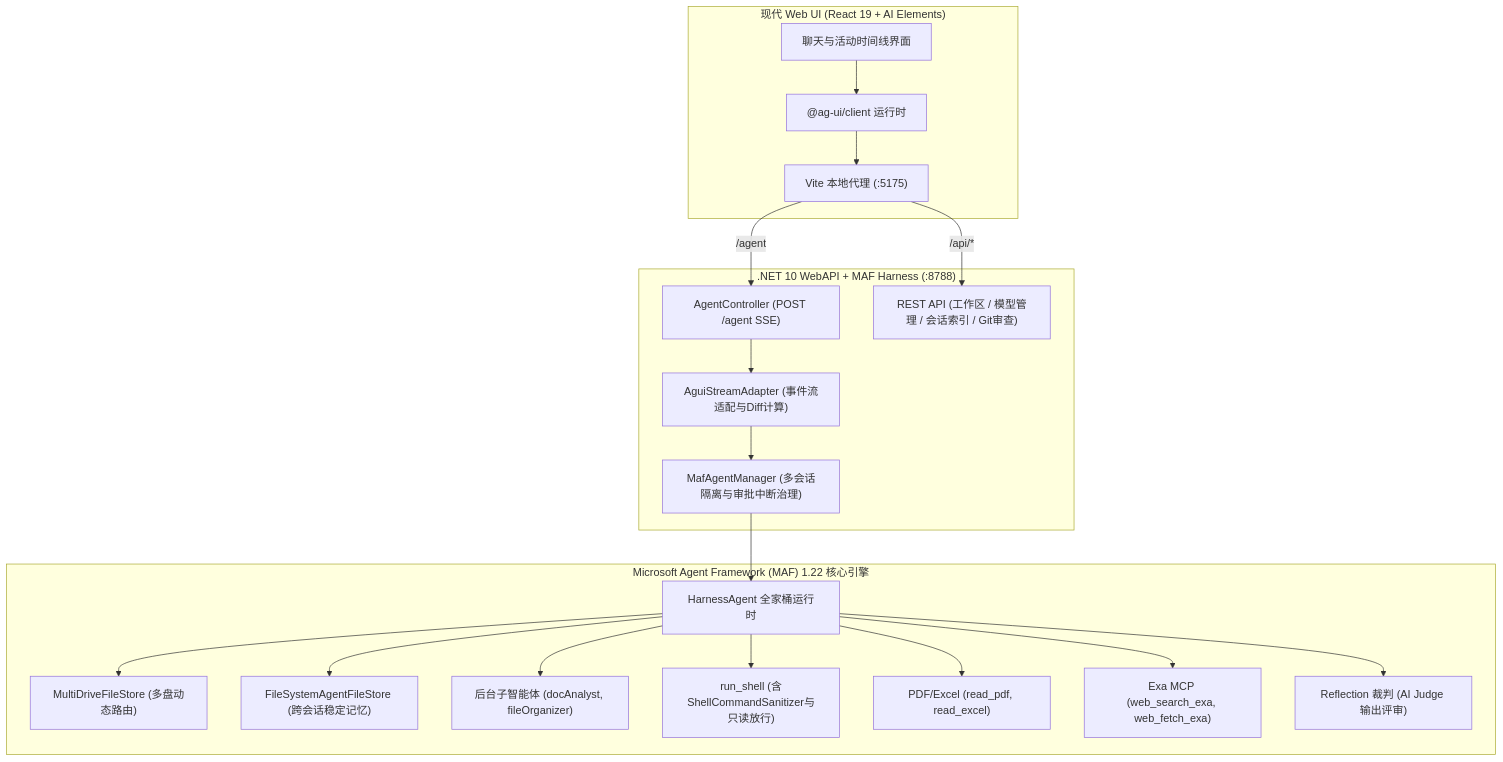
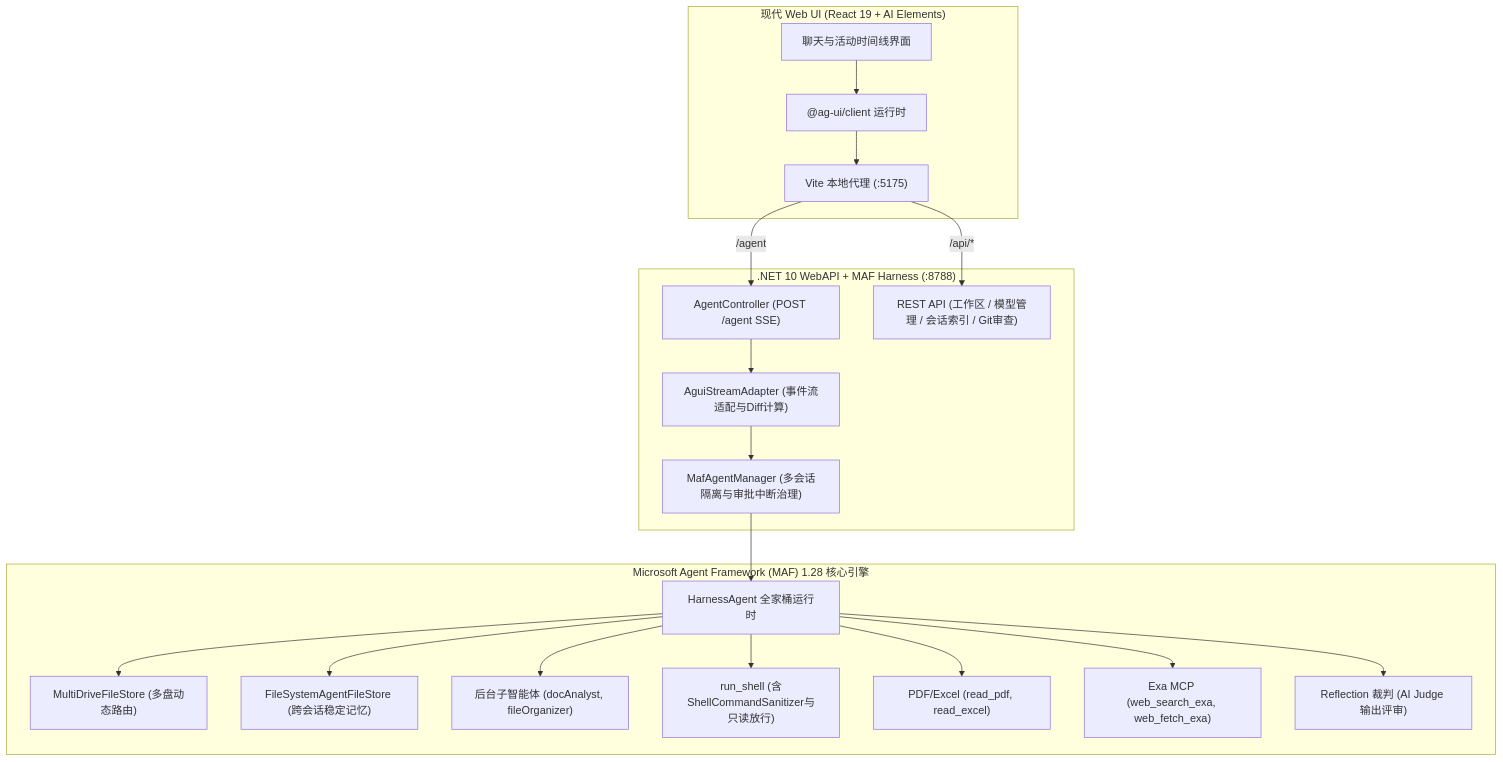
One commit to yukaimingming/microsoft-agent changed the diagram in README.md. Above: the diagram before and after it, drawn with Mermaid. The commit also changed other lines of this file and 2 other files, not shown here.

Commit message:
chore(deps): 升级 Microsoft Agent Framework 核心包至最新 1.28.0

````diff
--- a/README.md
+++ b/README.md
@@ -39,42 +39,42 @@
 ```mermaid
 flowchart TD
     subgraph 前端 ["现代 Web UI (React 19 + AI Elements)"]
         UI["聊天与活动时间线界面"]
         ViteProxy["Vite 本地代理 (:5175)"]
         AguiClient["@ag-ui/client 运行时"]
         UI --> AguiClient
         AguiClient --> ViteProxy
     end
 
     subgraph 后端 [".NET 10 WebAPI + MAF Harness (:8788)"]
         AgentController["AgentController (POST /agent SSE)"]
         RestControllers["REST API (工作区 / 模型管理 / 会话索引 / Git审查)"]
         AguiAdapter["AguiStreamAdapter (事件流适配与Diff计算)"]
         MafMgr["MafAgentManager (多会话隔离与审批中断治理)"]
         
         ViteProxy -->|/agent| AgentController
         ViteProxy -->|/api/*| RestControllers
         AgentController --> AguiAdapter
         AguiAdapter --> MafMgr
     end
 
-    subgraph 引擎 ["Microsoft Agent Framework (MAF) 1.22 核心引擎"]
+    subgraph 引擎 ["Microsoft Agent Framework (MAF) 1.28 核心引擎"]
         HarnessAgent["HarnessAgent 全家桶运行时"]
         FileAccessStore["MultiDriveFileStore (多盘动态路由)"]
         MemoryStore["FileSystemAgentFileStore (跨会话稳定记忆)"]
         Subagents["后台子智能体 (docAnalyst, fileOrganizer)"]
         ShellTools["run_shell (含ShellCommandSanitizer与只读放行)"]
         DocTools["PDF/Excel (read_pdf, read_excel)"]
         WebSearch["Exa MCP (web_search_exa, web_fetch_exa)"]
         Reflection["Reflection 裁判 (AI Judge 输出评审)"]
         
         MafMgr --> HarnessAgent
         HarnessAgent --> FileAccessStore
         HarnessAgent --> MemoryStore
         HarnessAgent --> Subagents
         HarnessAgent --> ShellTools
         HarnessAgent --> DocTools
         HarnessAgent --> WebSearch
         HarnessAgent --> Reflection
     end
 ```
````
